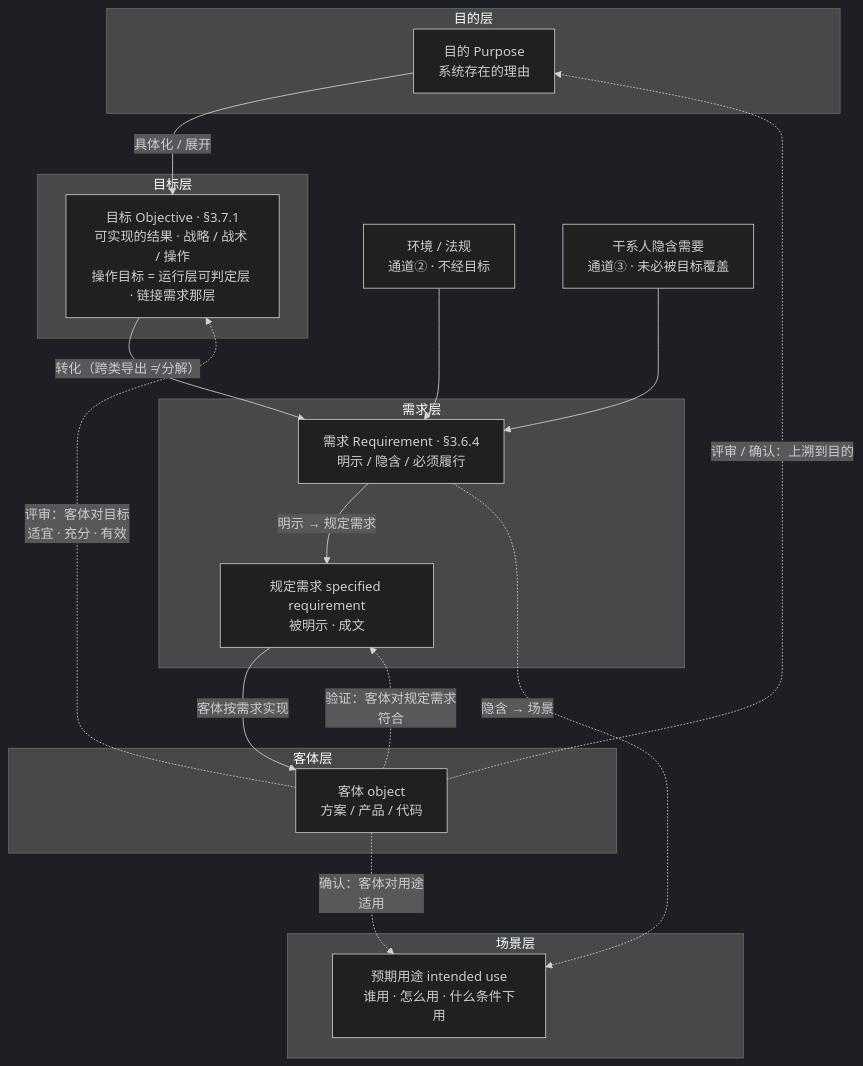
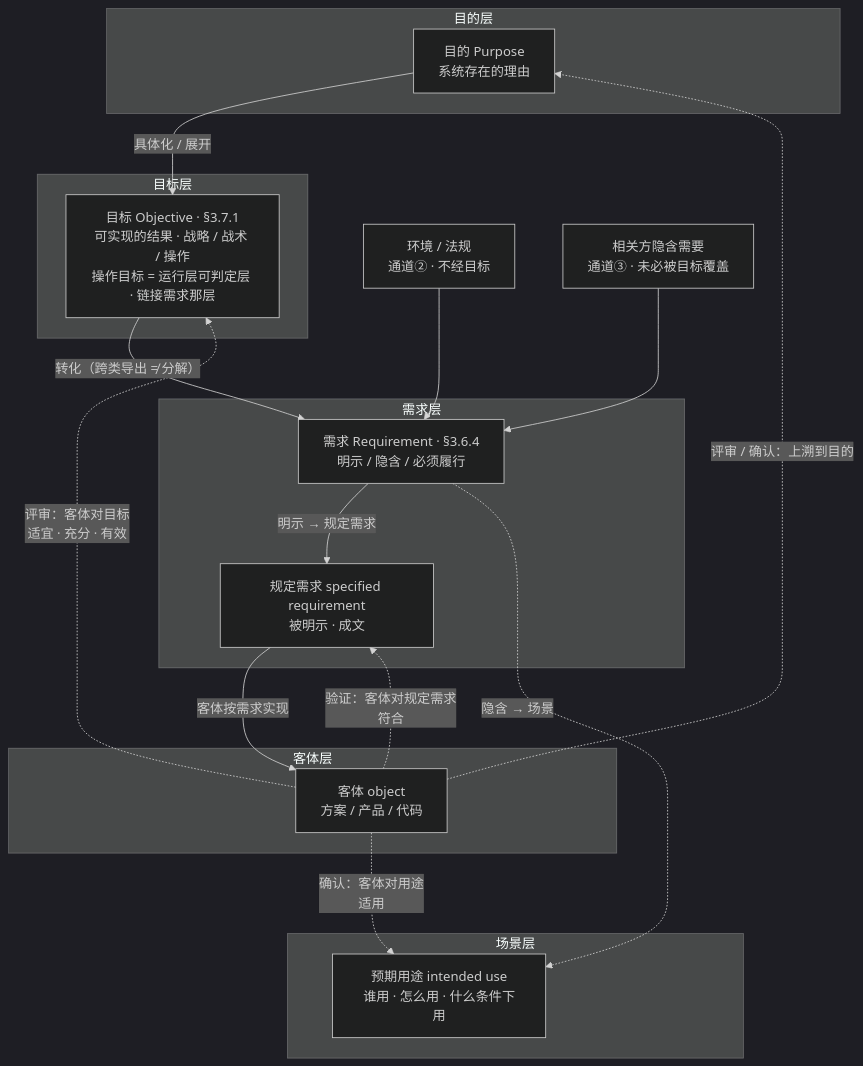
Before and after one commit to Yongjunzhou/AOS-system-design: the first of 4 diagrams in 50-research/教材书/08-第8章-评审验证与确认-三个看门人.md, drawn with Mermaid (dark theme). The commit also changed other lines of this file and 21 other files, not shown here.

````diff
--- a/50-research/教材书/08-第8章-评审验证与确认-三个看门人.md
+++ b/50-research/教材书/08-第8章-评审验证与确认-三个看门人.md
@@ -114,32 +114,32 @@
 ```mermaid
 flowchart TB
     subgraph 目的层["目的层"]
         P["目的 Purpose<br/>系统存在的理由"]
     end
     E["环境 / 法规<br/>通道② · 不经目标"]
-    S["干系人隐含需要<br/>通道③ · 未必被目标覆盖"]
+    S["相关方隐含需要<br/>通道③ · 未必被目标覆盖"]
     subgraph 目标层["目标层"]
         T["目标 Objective · §3.7.1<br/>可实现的结果 · 战略 / 战术 / 操作<br/>操作目标 = 运行层可判定层 · 链接需求那层"]
     end
     subgraph 需求层["需求层"]
         R["需求 Requirement · §3.6.4<br/>明示 / 隐含 / 必须履行"]
         SR["规定需求 specified requirement<br/>被明示 · 成文"]
     end
     subgraph 客体层["客体层"]
         O["客体 object<br/>方案 / 产品 / 代码"]
     end
     subgraph 场景层["场景层"]
         U["预期用途 intended use<br/>谁用 · 怎么用 · 什么条件下用"]
     end
     P -->|"具体化 / 展开"| T
     T -->|"转化（跨类导出 ≠ 分解）"| R
     E --> R
     S --> R
     R -->|"明示 → 规定需求"| SR
     R -.->|"隐含 → 场景"| U
     SR -->|"客体按需求实现"| O
     O -.->|"评审：客体对目标<br/>适宜 · 充分 · 有效"| T
     O -.->|"验证：客体对规定需求<br/>符合"| SR
     O -.->|"确认：客体对用途<br/>适用"| U
     O -.->|"评审 / 确认：上溯到目的"| P
 ```
````
